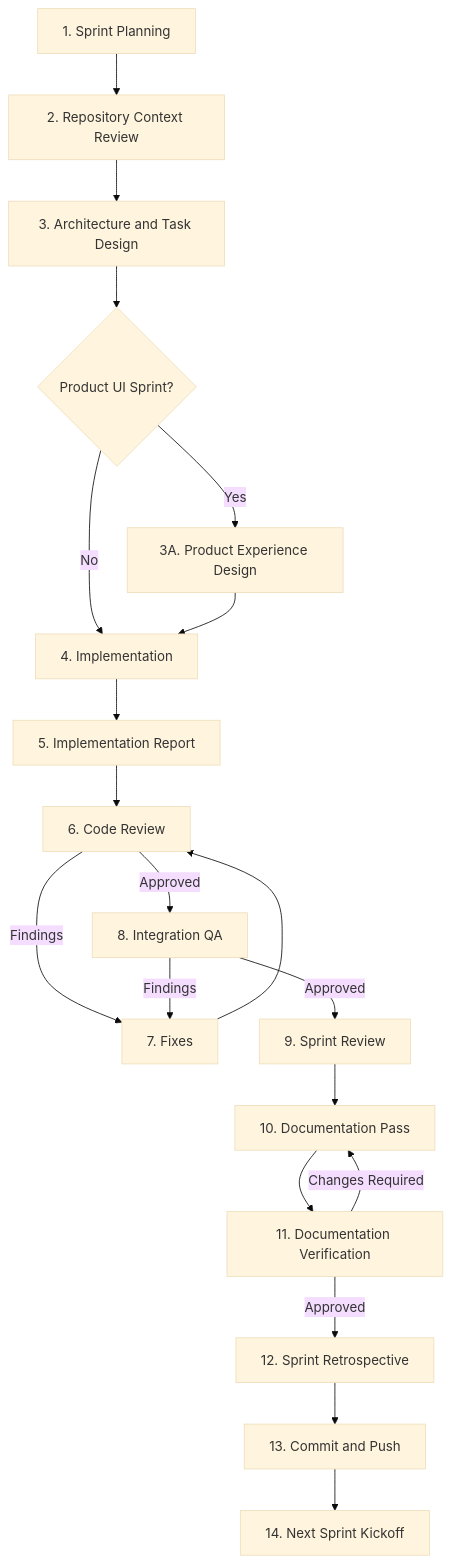
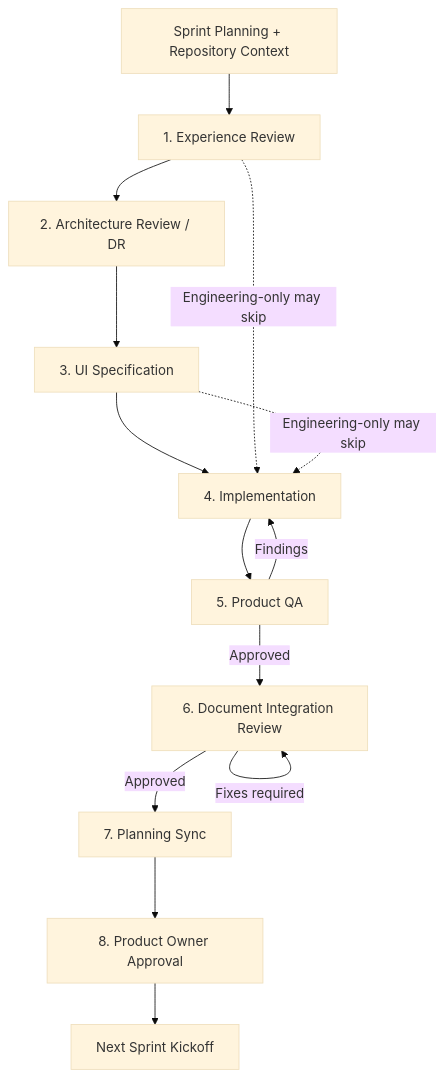
The diagram in Docs/Development/DEVELOPMENT_WORKFLOW.md (kodog102/OneulRhythm), drawn with Mermaid (base theme) before and after one commit. The commit also changed other lines of this file and 74 other files, not shown here.

First line of the commit message:
feat(settings): complete Sprint 15 Settings experience

````diff
--- a/Docs/Development/DEVELOPMENT_WORKFLOW.md
+++ b/Docs/Development/DEVELOPMENT_WORKFLOW.md
@@ -389,32 +350,19 @@
 ```mermaid
 flowchart TD
-    A[1. Sprint Planning]
-    --> B[2. Repository Context Review]
-    --> C[3. Architecture and Task Design]
+    P[Sprint Planning + Repository Context]
+    --> A[1. Experience Review]
+    --> B[2. Architecture Review / DR]
+    --> C[3. UI Specification]
+    --> D[4. Implementation]
+    --> E[5. Product QA]
 
-    C --> D{Product UI Sprint?}
+    E -->|Findings| D
+    E -->|Approved| F[6. Document Integration Review]
+    F -->|Fixes required| F
+    F -->|Approved| G[7. Planning Sync]
+    G --> H[8. Product Owner Approval]
+    H --> I[Next Sprint Kickoff]
 
-    D -->|Yes| E[3A. Product Experience Design]
-    D -->|No| F[4. Implementation]
-
-    E --> F
-
-    F --> G[5. Implementation Report]
-    G --> H[6. Code Review]
-
-    H -->|Findings| I[7. Fixes]
-    I --> H
-
-    H -->|Approved| J[8. Integration QA]
-    J -->|Findings| I
-
-    J -->|Approved| K[9. Sprint Review]
-    K --> L[10. Documentation Pass]
-    L --> M[11. Documentation Verification]
-
-    M -->|Changes Required| L
-
-    M -->|Approved| N[12. Sprint Retrospective]
-    N --> O[13. Commit and Push]
-    O --> P[14. Next Sprint Kickoff]
+    A -.->|Engineering-only may skip| D
+    C -.->|Engineering-only may skip| D
 ```
````
